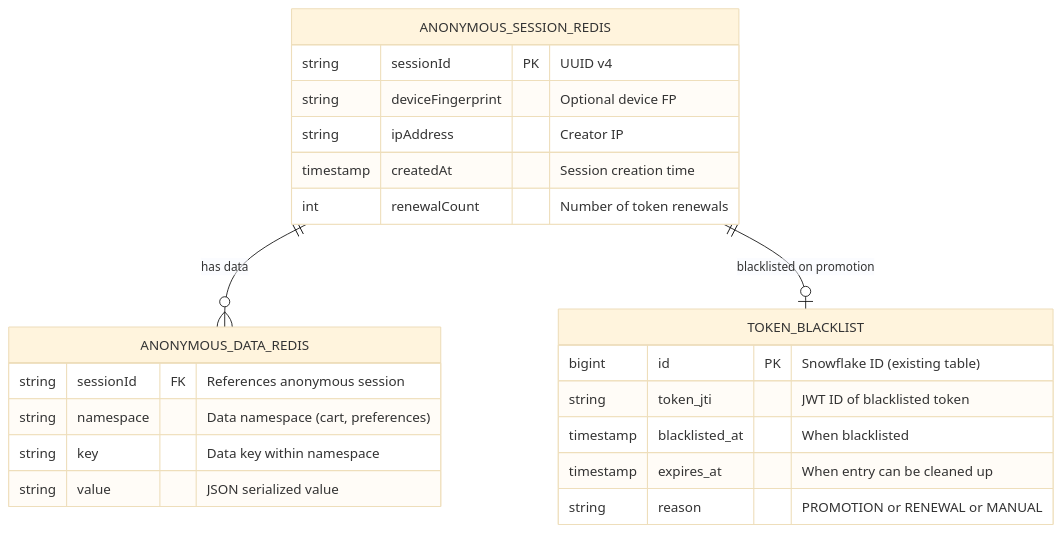
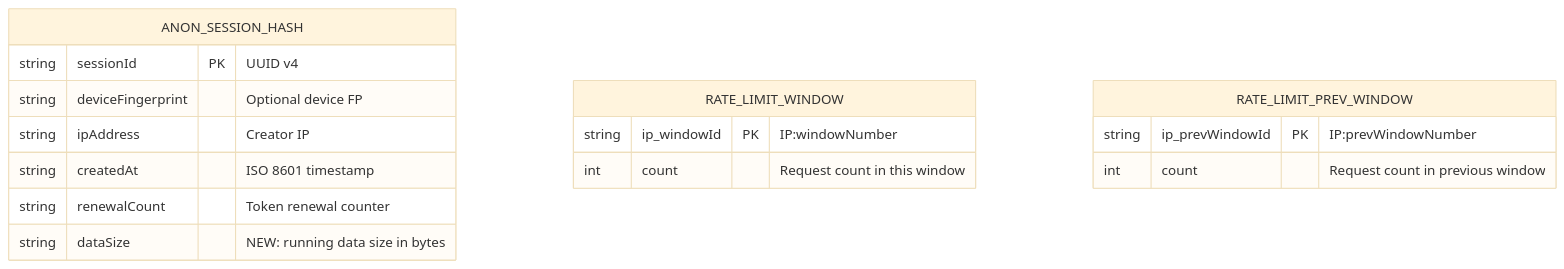
One commit to nguyentthai96/auth-service changed the second of 6 diagrams in openspec/research/anonymous-login-optimization/technical_spec.md. Above: the diagram before and after it, drawn with Mermaid (base theme). The commit also changed other lines of this file and 320 other files, not shown here.

````diff
--- a/openspec/research/anonymous-login-optimization/technical_spec.md
+++ b/openspec/research/anonymous-login-optimization/technical_spec.md
@@ -72,25 +62,19 @@
 ```mermaid
 erDiagram
-    ANONYMOUS_SESSION_REDIS {
+    ANON_SESSION_HASH {
         string sessionId PK "UUID v4"
         string deviceFingerprint "Optional device FP"
         string ipAddress "Creator IP"
-        timestamp createdAt "Session creation time"
-        int renewalCount "Number of token renewals"
+        string createdAt "ISO 8601 timestamp"
+        string renewalCount "Token renewal counter"
+        string dataSize "NEW: running data size in bytes"
     }
-    ANONYMOUS_DATA_REDIS {
-        string sessionId FK "References anonymous session"
-        string namespace "Data namespace (cart, preferences)"
-        string key "Data key within namespace"
-        string value "JSON serialized value"
+    RATE_LIMIT_WINDOW {
+        string ip_windowId PK "IP:windowNumber"
+        int count "Request count in this window"
     }
-    TOKEN_BLACKLIST {
-        bigint id PK "Snowflake ID (existing table)"
-        string token_jti "JWT ID of blacklisted token"
-        timestamp blacklisted_at "When blacklisted"
-        timestamp expires_at "When entry can be cleaned up"
-        string reason "PROMOTION or RENEWAL or MANUAL"
+    RATE_LIMIT_PREV_WINDOW {
+        string ip_prevWindowId PK "IP:prevWindowNumber"
+        int count "Request count in previous window"
     }
-    ANONYMOUS_SESSION_REDIS ||--o{ ANONYMOUS_DATA_REDIS : "has data"
-    ANONYMOUS_SESSION_REDIS ||--o| TOKEN_BLACKLIST : "blacklisted on promotion"
 ```
````
